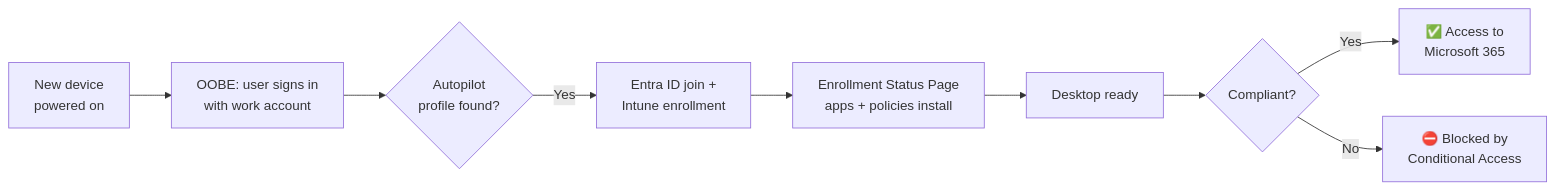
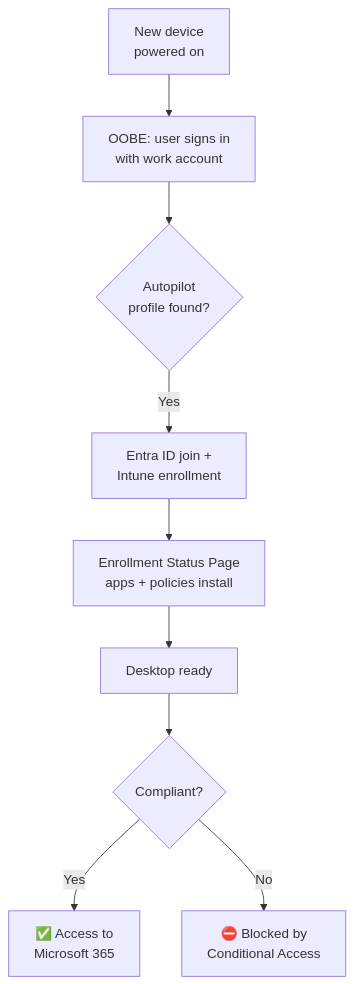
Before and after one commit to Jphan-Cloud/it-labs: the diagram in md-102/lab01-zero-touch-deployment/README.md, drawn with Mermaid.

Commit message:
Make architecture diagram vertical

````diff
--- a/md-102/lab01-zero-touch-deployment/README.md
+++ b/md-102/lab01-zero-touch-deployment/README.md
@@ -21,11 +21,11 @@
 ```mermaid
-flowchart LR
+flowchart TD
     A[New device<br/>powered on] --> B[OOBE: user signs in<br/>with work account]
     B --> C{Autopilot<br/>profile found?}
     C -- Yes --> D[Entra ID join +<br/>Intune enrollment]
     D --> E[Enrollment Status Page<br/>apps + policies install]
     E --> F[Desktop ready]
     F --> G{Compliant?}
     G -- Yes --> H[✅ Access to<br/>Microsoft 365]
     G -- No --> I[⛔ Blocked by<br/>Conditional Access]
 ```
````
